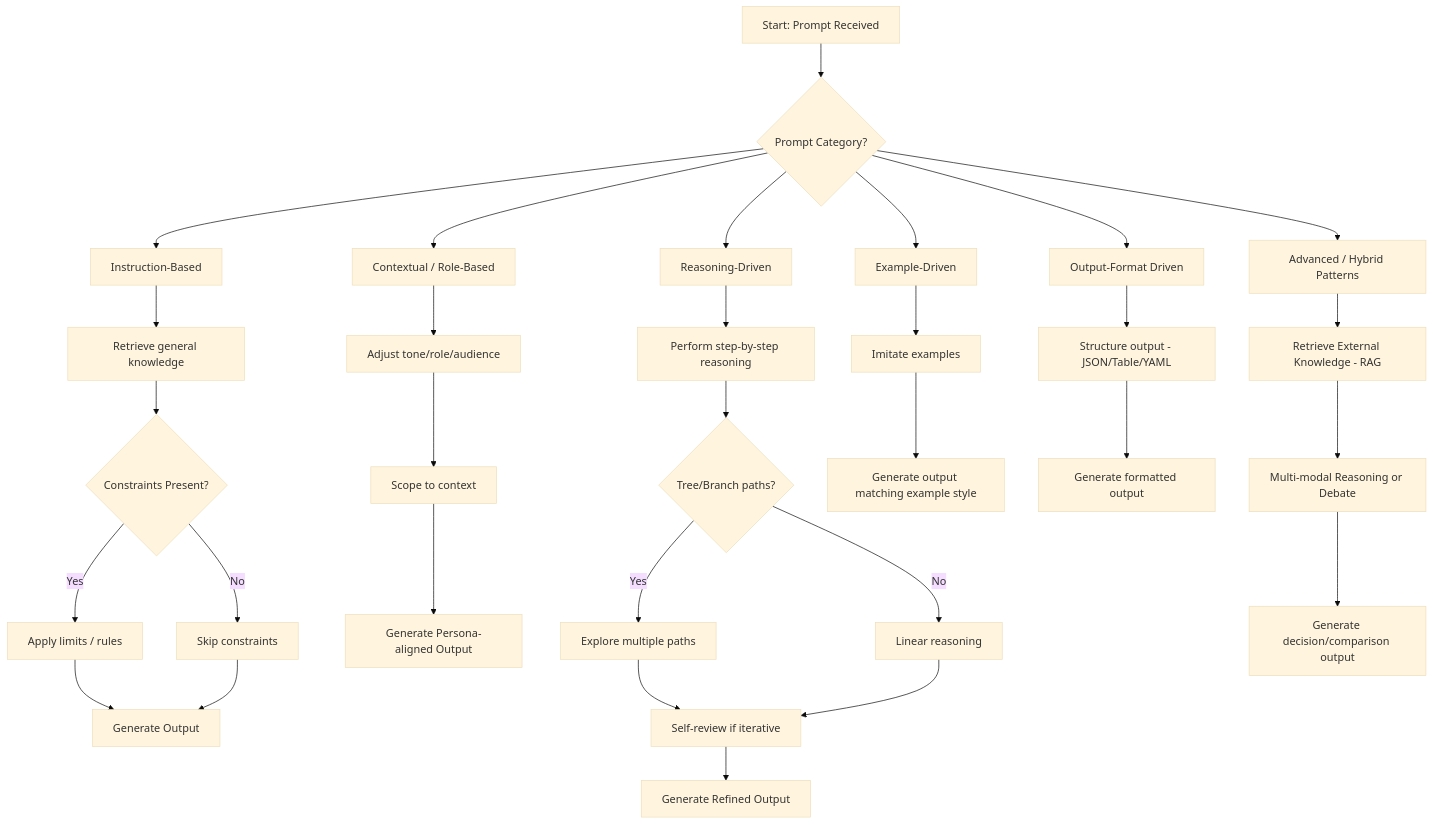
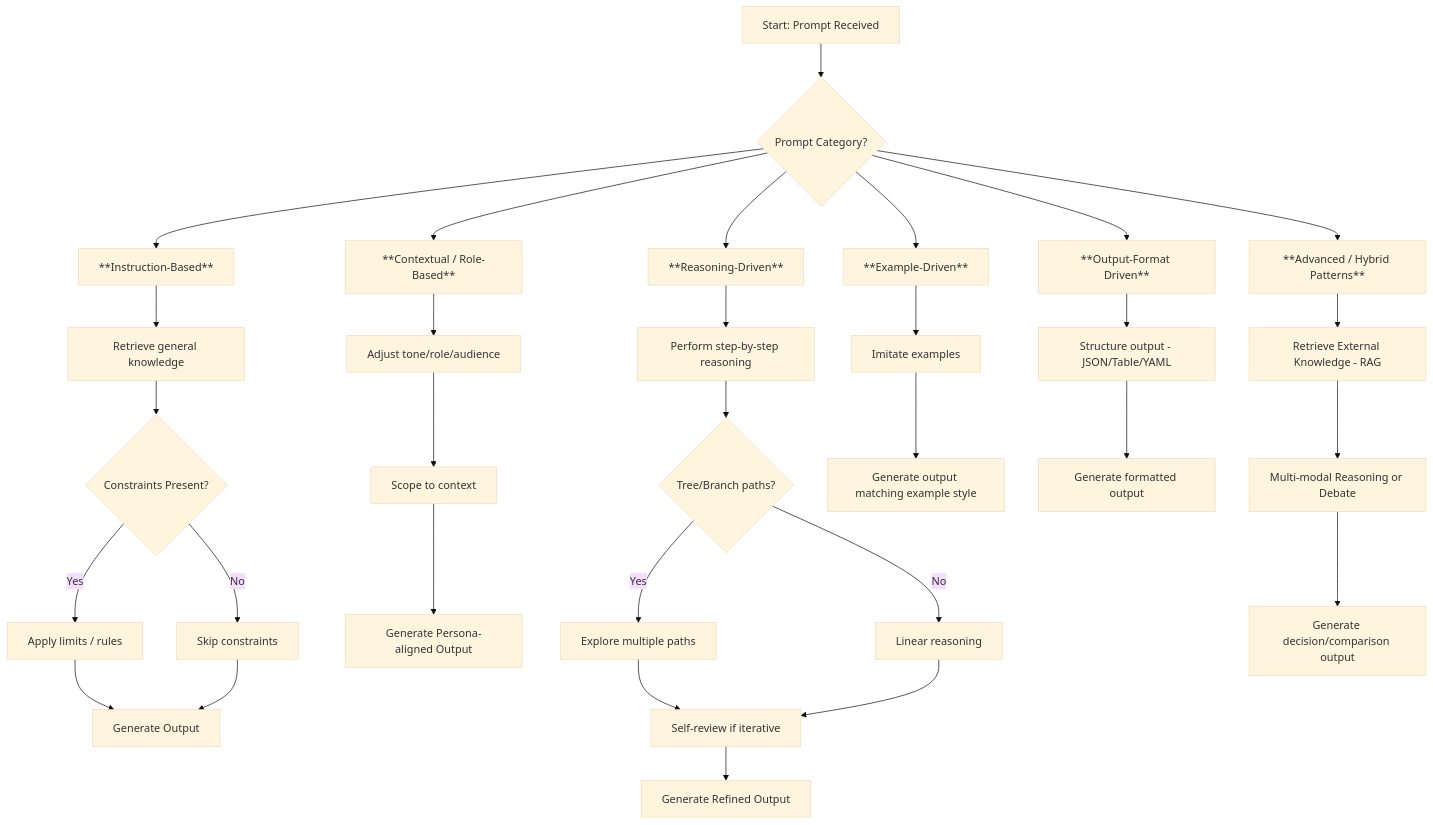
Before and after one commit to rguthaa/generative-ai: the diagram in 01_prompt_library/README.md, drawn with Mermaid (base theme).

Commit message:
flowchart updates

````diff
--- a/01_prompt_library/README.md
+++ b/01_prompt_library/README.md
@@ -75,39 +75,39 @@
 ```mermaid
 flowchart TD
     A[Start: Prompt Received] --> B{Prompt Category?}
 
-    B --> C1[Instruction-Based]
+    B --> C1[**Instruction-Based**]
     C1 --> D1[Retrieve general knowledge]
     D1 --> E1{Constraints Present?}
     E1 -->|Yes| F1[Apply limits / rules]
     E1 -->|No| G1[Skip constraints]
     F1 --> H1[Generate Output]
     G1 --> H1
 
-    B --> C2[Contextual / Role-Based]
+    B --> C2[**Contextual / Role-Based**]
     C2 --> D2[Adjust tone/role/audience]
     D2 --> E2[Scope to context]
     E2 --> F2[Generate Persona-aligned Output]
 
-    B --> C3[Reasoning-Driven]
+    B --> C3[**Reasoning-Driven**]
     C3 --> D3[Perform step-by-step reasoning]
     D3 --> E3{Tree/Branch paths?}
     E3 -->|Yes| F3[Explore multiple paths]
     E3 -->|No| G3[Linear reasoning]
     F3 --> H3[Self-review if iterative]
     G3 --> H3
     H3 --> I3[Generate Refined Output]
 
-    B --> C4[Example-Driven]
+    B --> C4[**Example-Driven**]
     C4 --> D4[Imitate examples]
     D4 --> E4[Generate output matching example style]
 
-    B --> C5[Output-Format Driven]
+    B --> C5[**Output-Format Driven**]
     C5 --> D5[Structure output - JSON/Table/YAML]
     D5 --> E5[Generate formatted output]
 
-    B --> C6[Advanced / Hybrid Patterns]
+    B --> C6[**Advanced / Hybrid Patterns**]
     C6 --> D6[Retrieve External Knowledge - RAG]
     D6 --> E6[Multi-modal Reasoning or Debate]
     E6 --> F6[Generate decision/comparison output]
 ```
````
